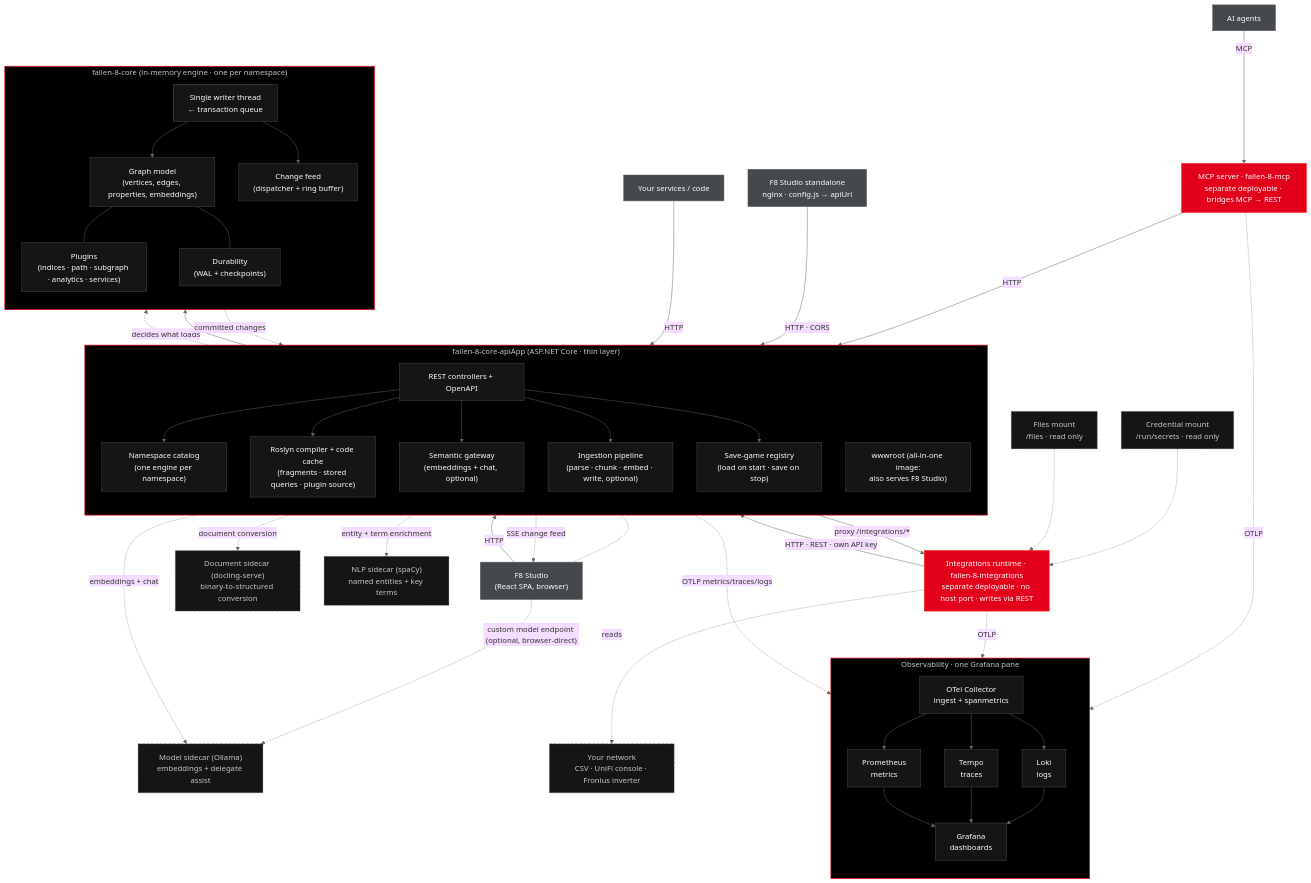
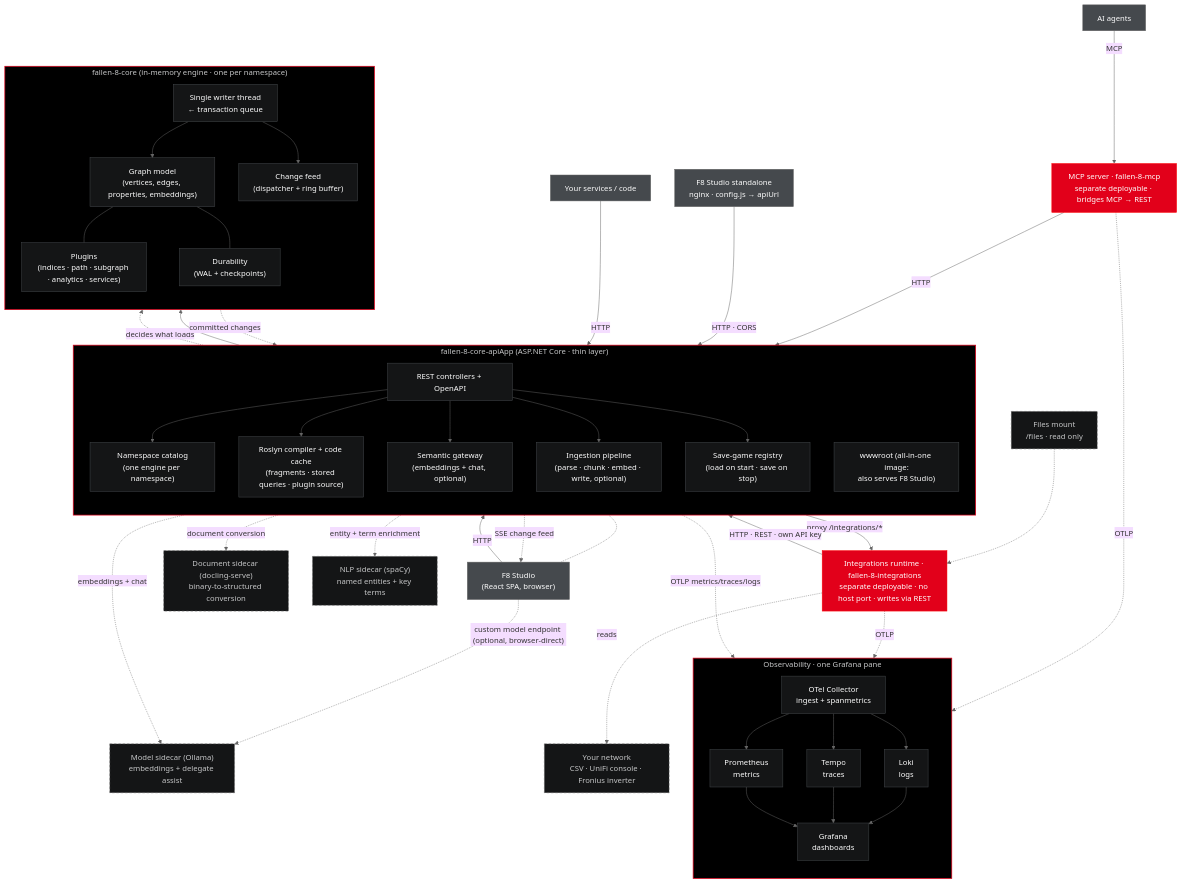
One commit to cosh/fallen-8-core changed the diagram in docs/src/content/docs/architecture.md. Above: the diagram before and after it, drawn with Mermaid. The commit also changed other lines of this file and 37 other files, not shown here.

First line of the commit message:
feat(integrations)!: one credential source, and a refused key is a credential failure

```diff
--- a/docs/src/content/docs/architecture.md
+++ b/docs/src/content/docs/architecture.md
@@ -44,7 +44,6 @@
     docling["Document sidecar (docling-serve)<br/>binary-to-structured conversion"]:::ext
     nlp["NLP sidecar (spaCy)<br/>named entities + key terms"]:::ext
     integrations["Integrations runtime · fallen-8-integrations<br/>separate deployable · no host port · writes via REST"]:::mcp
-    creds["Credential mount<br/>/run/secrets · read only"]:::ext
     files["Files mount<br/>/files · read only"]:::ext
     sources["Your network<br/>CSV · UniFi console · Fronius inverter"]:::ext
 
@@ -83,7 +82,6 @@
     mcp -.->|OTLP| collector
     integrations -->|HTTP · REST · own API key| rest
     integrations -.->|reads| sources
-    creds -.-> integrations
     files -.-> integrations
     integrations -.->|OTLP| collector
     ns --> writer --> model
```
